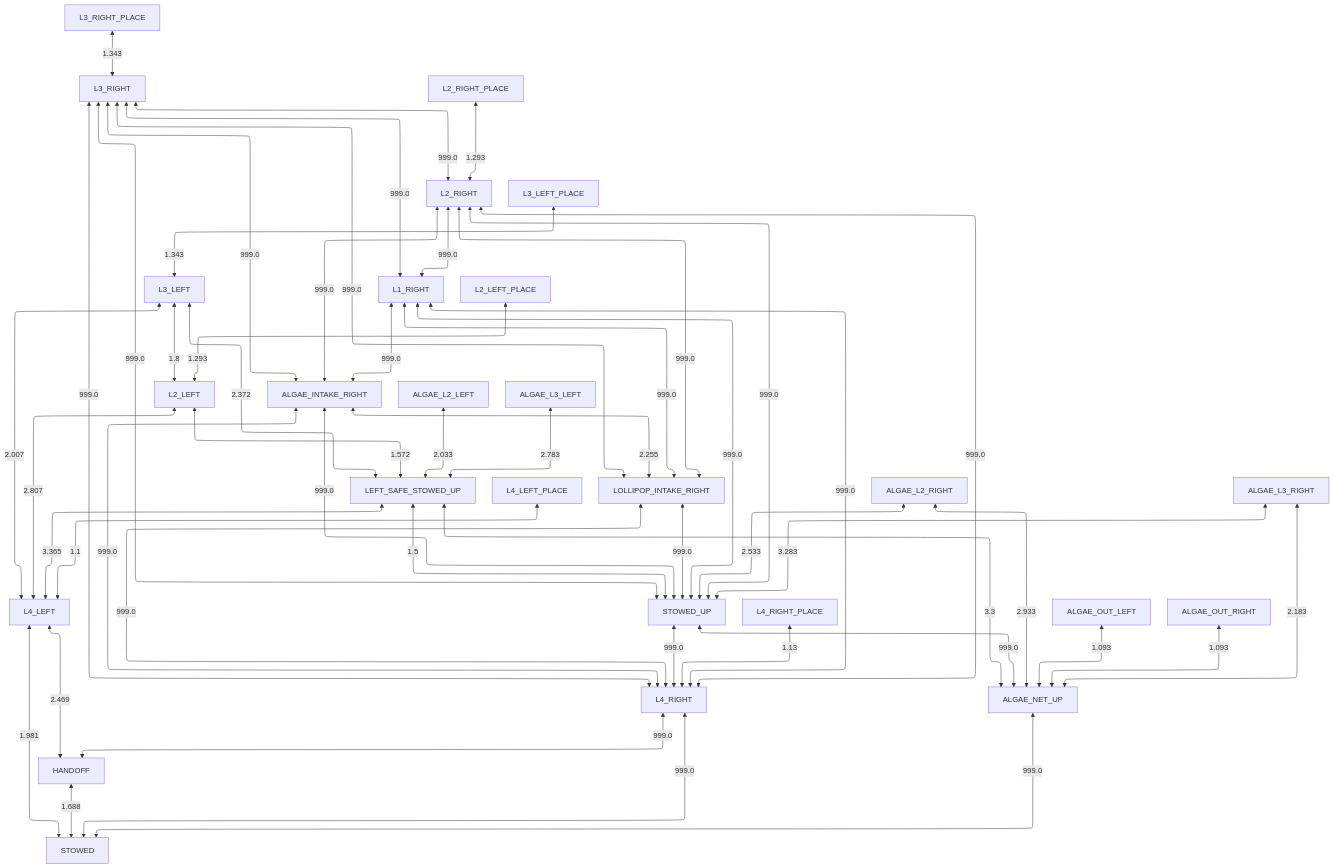
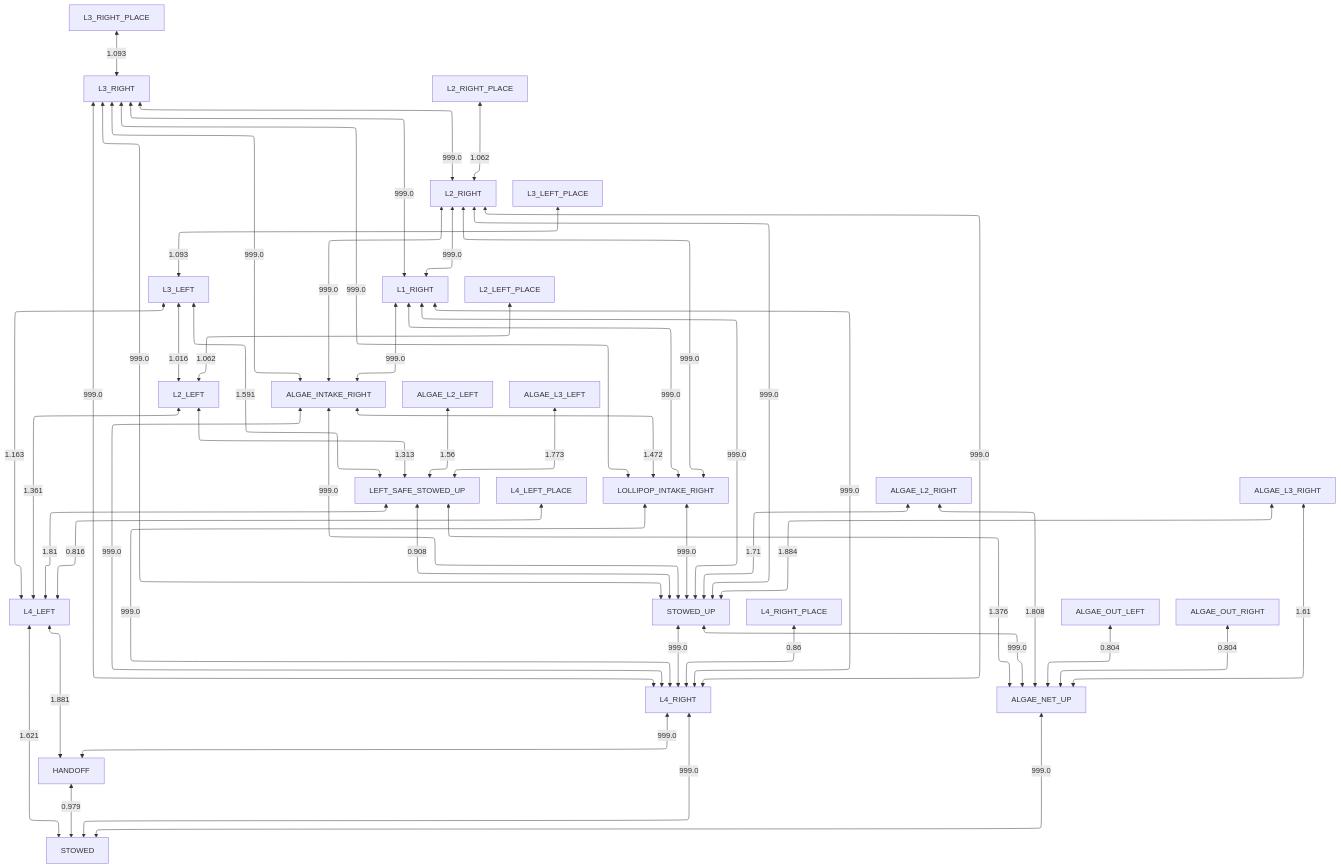
One commit to team581/offseason-2025-comp changed the diagram in docs/collision_avoidance/right_obstructed.md. Above: the diagram before and after it, drawn with Mermaid. The commit also changed 3 other files, not shown here.

````diff
--- a/docs/collision_avoidance/right_obstructed.md
+++ b/docs/collision_avoidance/right_obstructed.md
@@ -3,55 +3,55 @@
 ```mermaid
 %%{ init: { "flowchart": { "defaultRenderer": "elk" } } }%%
 graph TD
 
-HANDOFF <-- 1.688 --> STOWED
-L4_LEFT <-- 1.981 --> STOWED
+HANDOFF <-- 0.979 --> STOWED
+L4_LEFT <-- 1.621 --> STOWED
 L4_RIGHT <-- 999.0 --> STOWED
 ALGAE_NET_UP <-- 999.0 --> STOWED
-L4_LEFT <-- 2.469 --> HANDOFF
+L4_LEFT <-- 1.881 --> HANDOFF
 L4_RIGHT <-- 999.0 --> HANDOFF
-LEFT_SAFE_STOWED_UP <-- 3.365 --> L4_LEFT
-L2_LEFT <-- 2.807 --> L4_LEFT
-L3_LEFT <-- 2.007 --> L4_LEFT
-L4_LEFT_PLACE <-- 1.1 --> L4_LEFT
+LEFT_SAFE_STOWED_UP <-- 1.81 --> L4_LEFT
+L2_LEFT <-- 1.361 --> L4_LEFT
+L3_LEFT <-- 1.163 --> L4_LEFT
+L4_LEFT_PLACE <-- 0.816 --> L4_LEFT
 STOWED_UP <-- 999.0 --> L4_RIGHT
 ALGAE_INTAKE_RIGHT <-- 999.0 --> L4_RIGHT
 LOLLIPOP_INTAKE_RIGHT <-- 999.0 --> L4_RIGHT
 L1_RIGHT <-- 999.0 --> L4_RIGHT
 L2_RIGHT <-- 999.0 --> L4_RIGHT
 L3_RIGHT <-- 999.0 --> L4_RIGHT
-L4_RIGHT_PLACE <-- 1.13 --> L4_RIGHT
-LEFT_SAFE_STOWED_UP <-- 3.3 --> ALGAE_NET_UP
+L4_RIGHT_PLACE <-- 0.86 --> L4_RIGHT
+LEFT_SAFE_STOWED_UP <-- 1.376 --> ALGAE_NET_UP
 STOWED_UP <-- 999.0 --> ALGAE_NET_UP
-ALGAE_OUT_LEFT <-- 1.093 --> ALGAE_NET_UP
-ALGAE_OUT_RIGHT <-- 1.093 --> ALGAE_NET_UP
-ALGAE_L2_RIGHT <-- 2.933 --> ALGAE_NET_UP
-ALGAE_L3_RIGHT <-- 2.183 --> ALGAE_NET_UP
-LEFT_SAFE_STOWED_UP <-- 1.5 --> STOWED_UP
+ALGAE_OUT_LEFT <-- 0.804 --> ALGAE_NET_UP
+ALGAE_OUT_RIGHT <-- 0.804 --> ALGAE_NET_UP
+ALGAE_L2_RIGHT <-- 1.808 --> ALGAE_NET_UP
+ALGAE_L3_RIGHT <-- 1.61 --> ALGAE_NET_UP
+LEFT_SAFE_STOWED_UP <-- 0.908 --> STOWED_UP
 LOLLIPOP_INTAKE_RIGHT <-- 999.0 --> STOWED_UP
 ALGAE_INTAKE_RIGHT <-- 999.0 --> STOWED_UP
 L1_RIGHT <-- 999.0 --> STOWED_UP
 L2_RIGHT <-- 999.0 --> STOWED_UP
 L3_RIGHT <-- 999.0 --> STOWED_UP
-ALGAE_L2_RIGHT <-- 2.533 --> STOWED_UP
-ALGAE_L3_RIGHT <-- 3.283 --> STOWED_UP
-L2_LEFT <-- 1.572 --> LEFT_SAFE_STOWED_UP
-L3_LEFT <-- 2.372 --> LEFT_SAFE_STOWED_UP
-ALGAE_L2_LEFT <-- 2.033 --> LEFT_SAFE_STOWED_UP
-ALGAE_L3_LEFT <-- 2.783 --> LEFT_SAFE_STOWED_UP
-ALGAE_INTAKE_RIGHT <-- 2.255 --> LOLLIPOP_INTAKE_RIGHT
+ALGAE_L2_RIGHT <-- 1.71 --> STOWED_UP
+ALGAE_L3_RIGHT <-- 1.884 --> STOWED_UP
+L2_LEFT <-- 1.313 --> LEFT_SAFE_STOWED_UP
+L3_LEFT <-- 1.591 --> LEFT_SAFE_STOWED_UP
+ALGAE_L2_LEFT <-- 1.56 --> LEFT_SAFE_STOWED_UP
+ALGAE_L3_LEFT <-- 1.773 --> LEFT_SAFE_STOWED_UP
+ALGAE_INTAKE_RIGHT <-- 1.472 --> LOLLIPOP_INTAKE_RIGHT
 L1_RIGHT <-- 999.0 --> LOLLIPOP_INTAKE_RIGHT
 L2_RIGHT <-- 999.0 --> LOLLIPOP_INTAKE_RIGHT
 L3_RIGHT <-- 999.0 --> LOLLIPOP_INTAKE_RIGHT
 L1_RIGHT <-- 999.0 --> ALGAE_INTAKE_RIGHT
 L2_RIGHT <-- 999.0 --> ALGAE_INTAKE_RIGHT
 L3_RIGHT <-- 999.0 --> ALGAE_INTAKE_RIGHT
-L3_LEFT <-- 1.8 --> L2_LEFT
-L2_LEFT_PLACE <-- 1.293 --> L2_LEFT
-L3_LEFT_PLACE <-- 1.343 --> L3_LEFT
+L3_LEFT <-- 1.016 --> L2_LEFT
+L2_LEFT_PLACE <-- 1.062 --> L2_LEFT
+L3_LEFT_PLACE <-- 1.093 --> L3_LEFT
 L2_RIGHT <-- 999.0 --> L1_RIGHT
 L3_RIGHT <-- 999.0 --> L1_RIGHT
 L3_RIGHT <-- 999.0 --> L2_RIGHT
-L2_RIGHT_PLACE <-- 1.293 --> L2_RIGHT
-L3_RIGHT_PLACE <-- 1.343 --> L3_RIGHT
+L2_RIGHT_PLACE <-- 1.062 --> L2_RIGHT
+L3_RIGHT_PLACE <-- 1.093 --> L3_RIGHT
 ```
````
